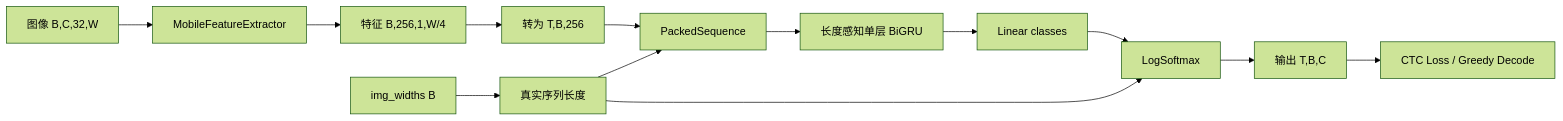
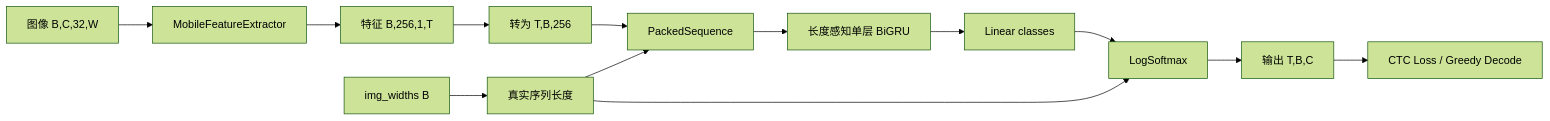
One commit to MAKENOTES/ocr-web changed the second of 2 diagrams in docs/recogniton/recognition.md. Above: the diagram before and after it, drawn with Mermaid (forest theme). The commit also changed other lines of this file and 83 other files, not shown here.

````diff
--- a/docs/recogniton/recognition.md
+++ b/docs/recogniton/recognition.md
@@ -408,15 +107,15 @@
 ```mermaid
 flowchart LR
     X[图像 B,C,32,W] --> CNN[MobileFeatureExtractor]
-    CNN --> F[特征 B,256,1,W/4]
+    CNN --> F[特征 B,256,1,T]
     F --> T[转为 T,B,256]
     W[img_widths B] --> LEN[真实序列长度]
     T --> PACK[PackedSequence]
     LEN --> PACK
     PACK --> GRU[长度感知单层 BiGRU]
     GRU --> FC[Linear classes]
     FC --> LS[LogSoftmax]
     LEN --> LS
     LS --> Y[输出 T,B,C]
     Y --> CTC[CTC Loss / Greedy Decode]
 ```
````
